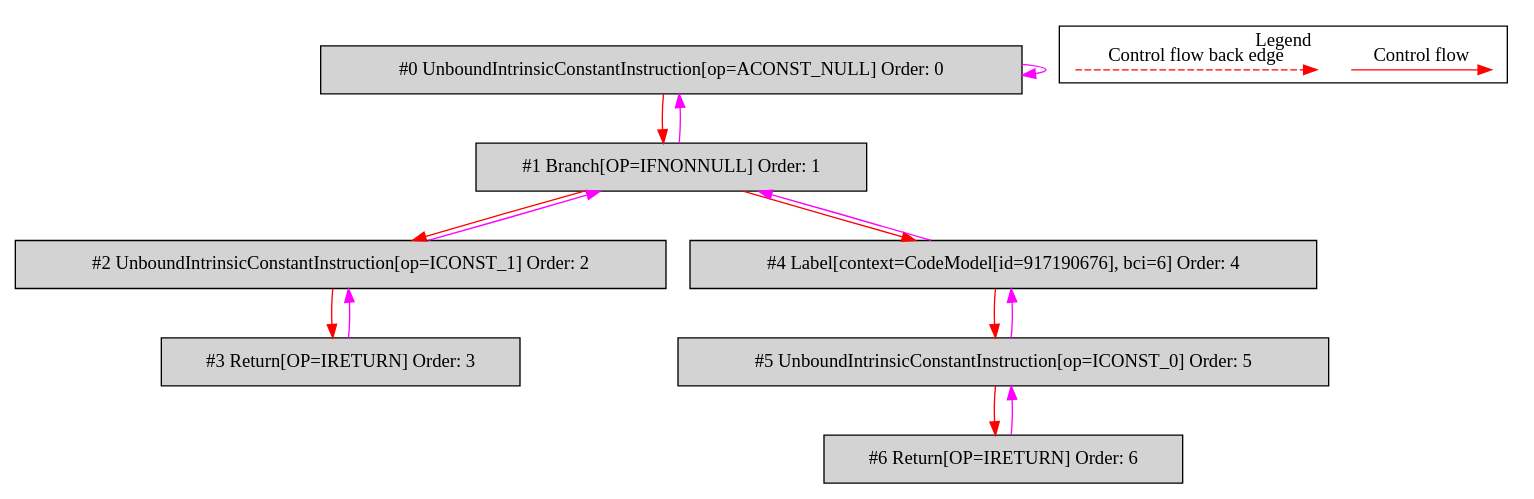
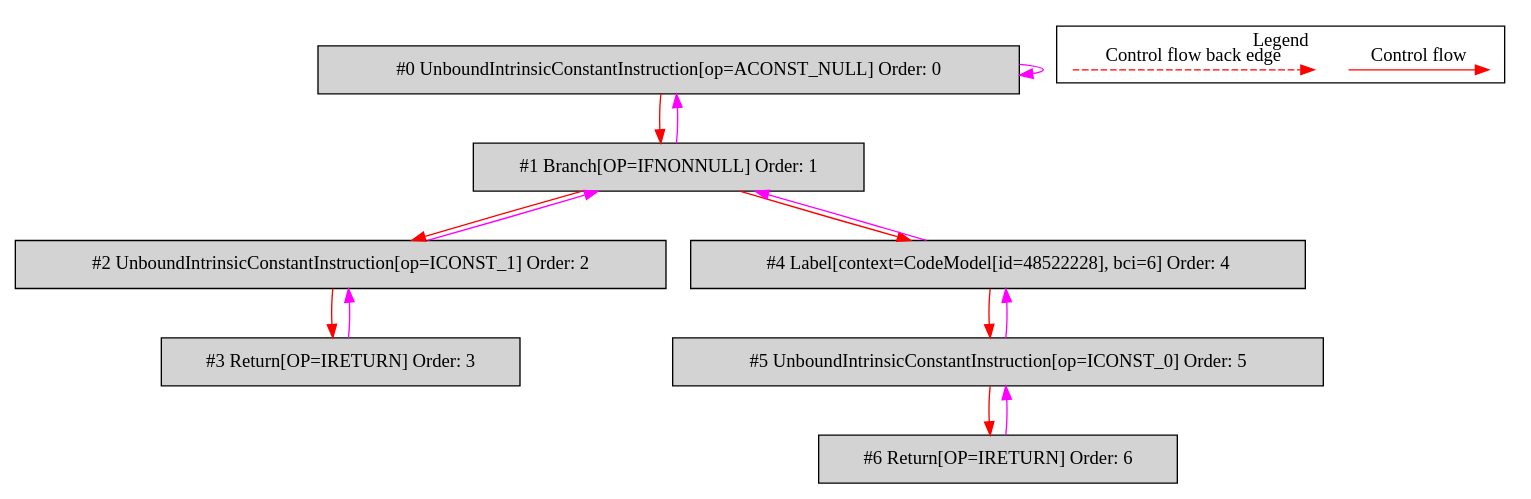
The diagram in de.mirkosertic.metair.ir.OpcodeIFNONNULLTest/test_IFNONNULL/bytecodecfg.dot (mirkosertic/MetaIR), drawn with Graphviz before and after one commit. The commit also changed 569 other files, not shown here.

```diff
--- a/de.mirkosertic.metair.ir.OpcodeIFNONNULLTest/test_IFNONNULL/bytecodecfg.dot
+++ b/de.mirkosertic.metair.ir.OpcodeIFNONNULLTest/test_IFNONNULL/bytecodecfg.dot
@@ -1,37 +1,37 @@
 digraph {
  ordering="in";
  node0[label="#0 UnboundIntrinsicConstantInstruction[op=ACONST_NULL] Order: 0", shape=box, fillcolor=lightgrey, style=filled];
  node1[label="#1 Branch[OP=IFNONNULL] Order: 1", shape=box, fillcolor=lightgrey, style=filled];
  node2[label="#2 UnboundIntrinsicConstantInstruction[op=ICONST_1] Order: 2", shape=box, fillcolor=lightgrey, style=filled];
  node3[label="#3 Return[OP=IRETURN] Order: 3", shape=box, fillcolor=lightgrey, style=filled];
- node4[label="#4 Label[context=CodeModel[id=917190676], bci=6] Order: 4", shape=box, fillcolor=lightgrey, style=filled];
+ node4[label="#4 Label[context=CodeModel[id=48522228], bci=6] Order: 4", shape=box, fillcolor=lightgrey, style=filled];
  node5[label="#5 UnboundIntrinsicConstantInstruction[op=ICONST_0] Order: 5", shape=box, fillcolor=lightgrey, style=filled];
  node6[label="#6 Return[OP=IRETURN] Order: 6", shape=box, fillcolor=lightgrey, style=filled];
  node0 -> node0[color=fuchsia];
  node0 -> node1[color=red];
  node1 -> node0[color=fuchsia];
  node1 -> node2[color=red];
  node2 -> node1[color=fuchsia];
  node2 -> node3[color=red];
  node3 -> node2[color=fuchsia];
  node1 -> node4[color=red];
  node4 -> node1[color=fuchsia];
  node4 -> node5[color=red];
  node5 -> node4[color=fuchsia];
  node5 -> node6[color=red];
  node6 -> node5[color=fuchsia];
  subgraph cluster_000 {
   label = "Legend";
   node [shape=point]
   {
    rank=same;
    c0 [style = invis];
    c1 [style = invis];
    c2 [style = invis];
    c3 [style = invis];
   }
   c0 -> c1 [label="Control flow", style=solid, color=red]
   c2 -> c3 [label="Control flow back edge", style=dashed, color=red]
  }
 
 }
```
